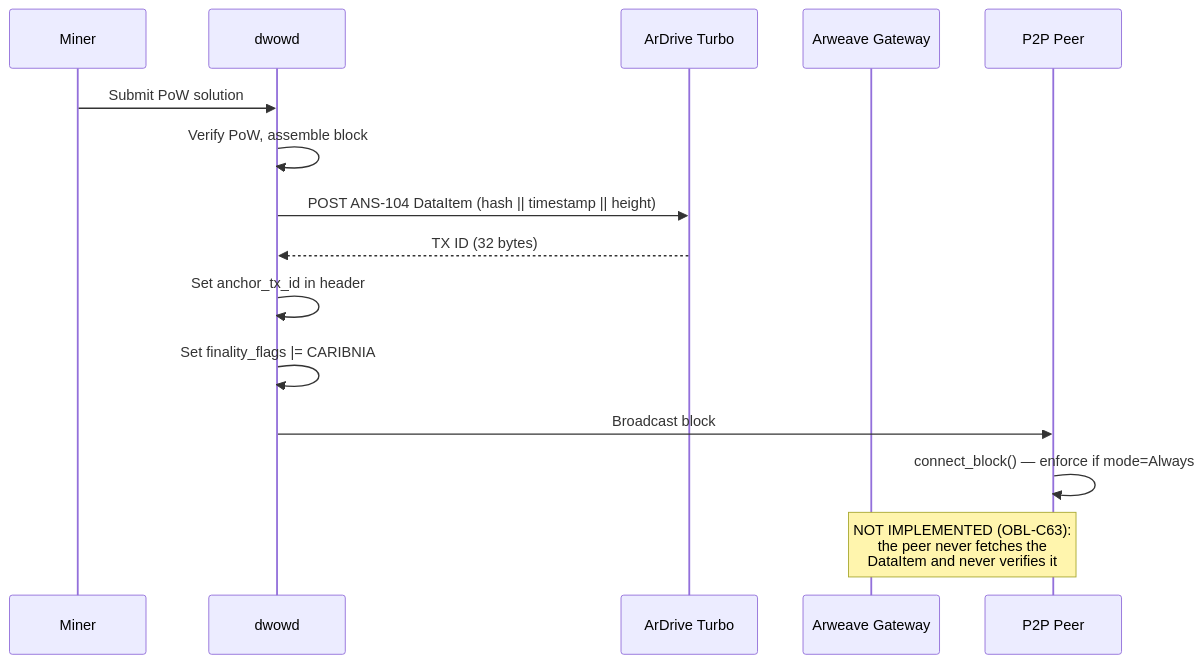
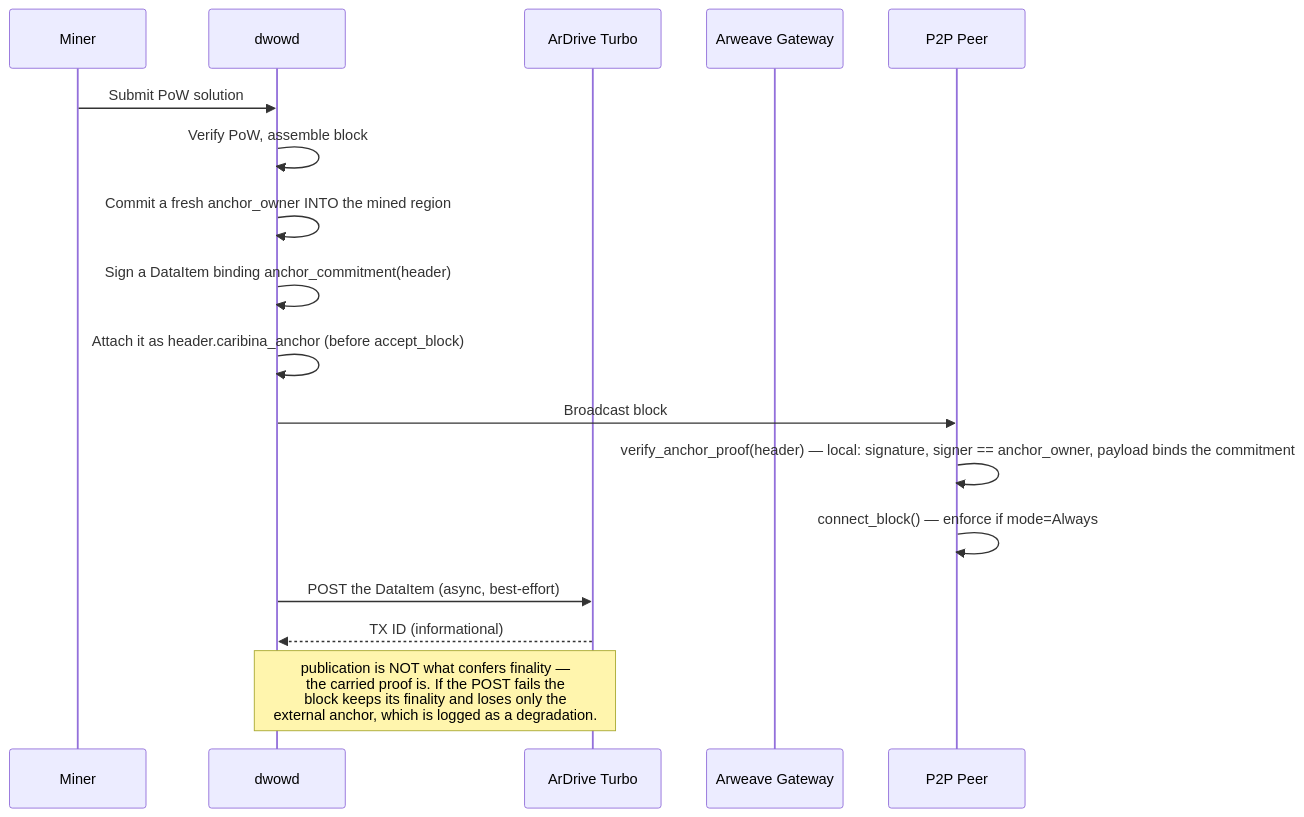
The first of 3 diagrams in doc/src/arch/caribina.md (PatrickMockridge/DarkWow), drawn with Mermaid before and after one commit. The commit also changed other lines of this file and 2 other files, not shown here.

First line of the commit message:
docs: the finality docs to their post-fix state, and settlement accepted-with-reason

````diff
--- a/doc/src/arch/caribina.md
+++ b/doc/src/arch/caribina.md
@@ -150,18 +179,20 @@
 ```mermaid
 sequenceDiagram
     participant Miner
     participant dwowd
     participant ArDrive as ArDrive Turbo
     participant Arweave as Arweave Gateway
     participant Peer as P2P Peer
 
     Miner->>dwowd: Submit PoW solution
     dwowd->>dwowd: Verify PoW, assemble block
-    dwowd->>ArDrive: POST ANS-104 DataItem (hash || timestamp || height)
-    ArDrive-->>dwowd: TX ID (32 bytes)
-    dwowd->>dwowd: Set anchor_tx_id in header
-    dwowd->>dwowd: Set finality_flags |= CARIBNIA
+    dwowd->>dwowd: Commit a fresh anchor_owner INTO the mined region
+    dwowd->>dwowd: Sign a DataItem binding anchor_commitment(header)
+    dwowd->>dwowd: Attach it as header.caribina_anchor (before accept_block)
     dwowd->>Peer: Broadcast block
+    Peer->>Peer: verify_anchor_proof(header) — local: signature, signer == anchor_owner, payload binds the commitment
     Peer->>Peer: connect_block() — enforce if mode=Always
-    Note over Peer,Arweave: NOT IMPLEMENTED (OBL-C63):<br/>the peer never fetches the<br/>DataItem and never verifies it
+    dwowd->>ArDrive: POST the DataItem (async, best-effort)
+    ArDrive-->>dwowd: TX ID (informational)
+    Note over dwowd,ArDrive: publication is NOT what confers finality —<br/>the carried proof is. If the POST fails the<br/>block keeps its finality and loses only the<br/>external anchor, which is logged as a degradation.
 ```
````
